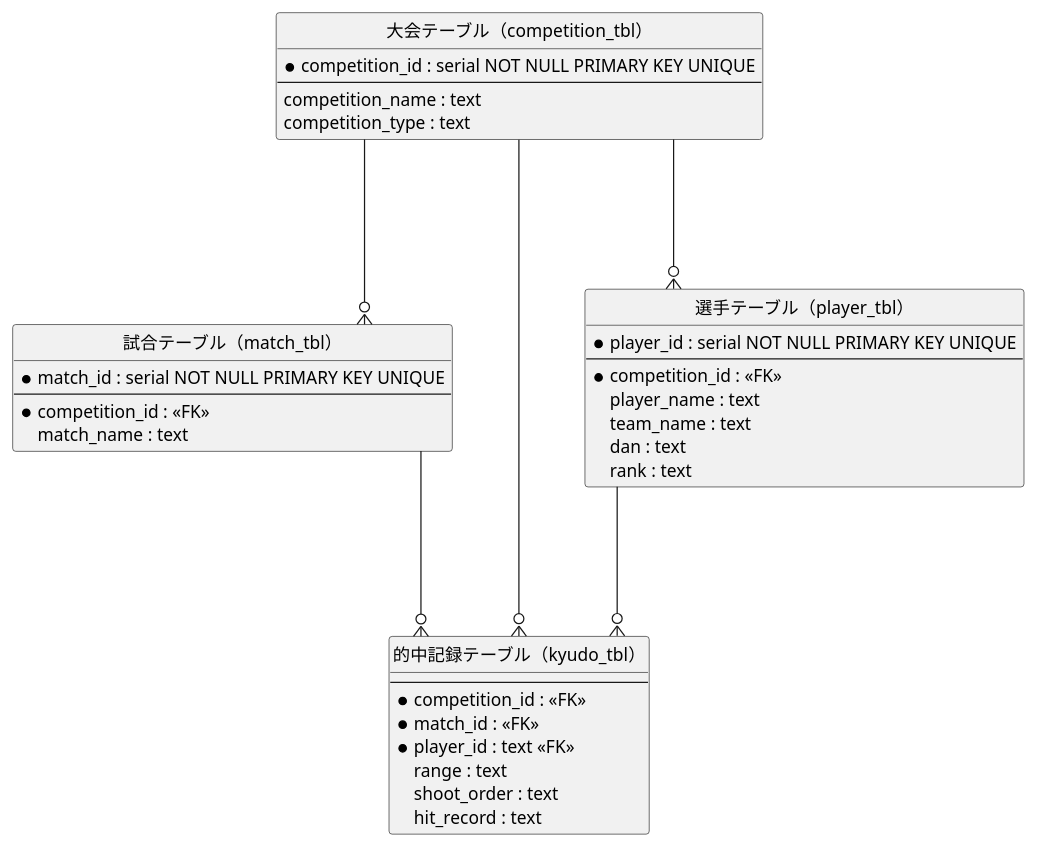
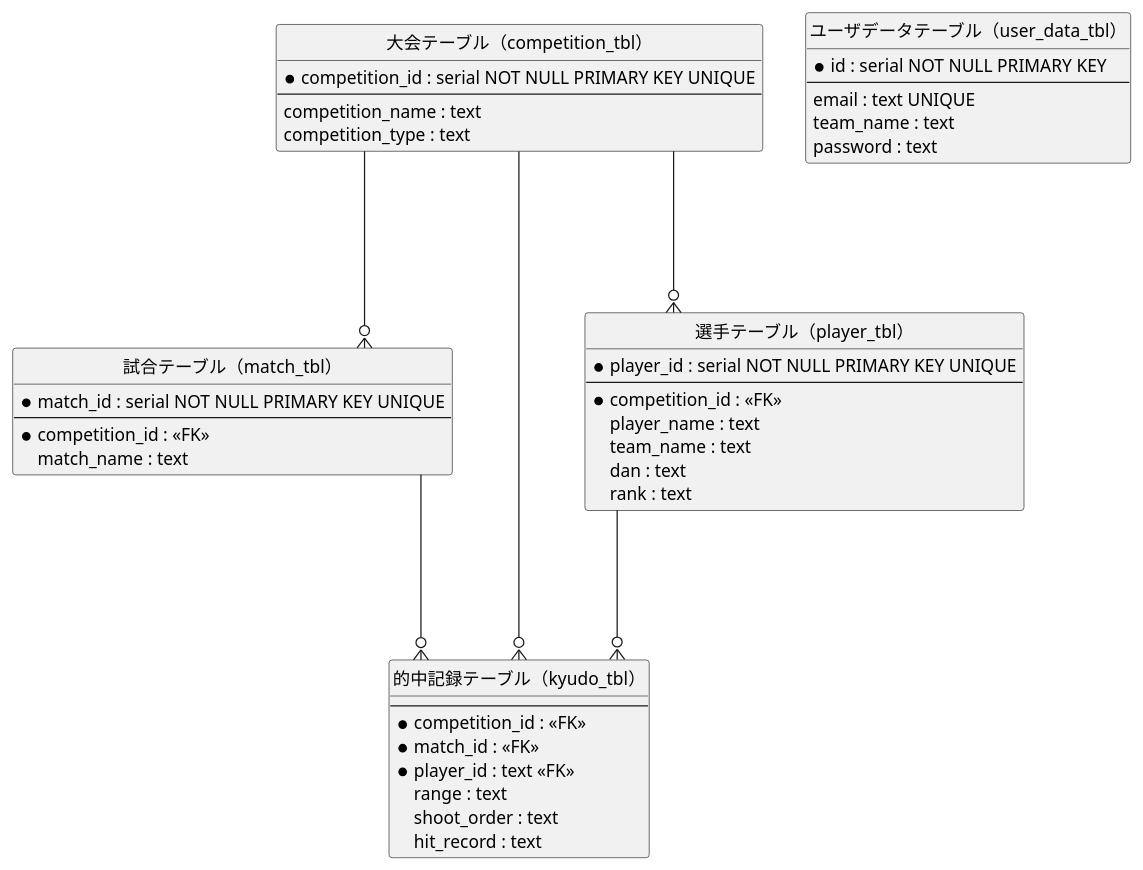
Before and after one commit to ssksoft/kyudo: the diagram in uml/er_diagram.pu, drawn with PlantUML. The commit also changed 4 other files, not shown here.

```diff
--- a/uml/er_diagram.pu
+++ b/uml/er_diagram.pu
@@ -1,49 +1,57 @@
 @startuml er_diagram
 
 ' hide the spot
 hide circle
 
 ' avoid problems with angled crows feet
 skinparam linetype ortho
 
 entity "大会テーブル（competition_tbl）" as competition_tbl {
   *competition_id : serial NOT NULL PRIMARY KEY UNIQUE
   --
   competition_name : text
   competition_type : text
 }
 
 entity "試合テーブル（match_tbl）" as match_tbl {
   *match_id : serial NOT NULL PRIMARY KEY UNIQUE
   --
   *competition_id : <<FK>>
   match_name : text
 }
 
 entity "的中記録テーブル（kyudo_tbl）" as hit_record_tbl {
   --
   *competition_id : <<FK>>
   *match_id : <<FK>>
   *player_id : text <<FK>>
   range : text
   shoot_order : text
   hit_record : text
 }
 
 entity "選手テーブル（player_tbl）" as player_tbl {
   *player_id : serial NOT NULL PRIMARY KEY UNIQUE
   --
   *competition_id : <<FK>>
   player_name : text
   team_name : text
   dan : text
   rank : text
 }
 
+entity "ユーザデータテーブル（user_data_tbl）" as user_data_tbl {
+  *id : serial NOT NULL PRIMARY KEY
+  --
+  email : text UNIQUE
+  team_name : text
+  password : text
+}
+
 competition_tbl ---o{ match_tbl
 match_tbl ---o{ hit_record_tbl
 player_tbl ---o{ hit_record_tbl
 competition_tbl ---o{ hit_record_tbl
 competition_tbl ---o{ player_tbl
 
 @enduml
```
